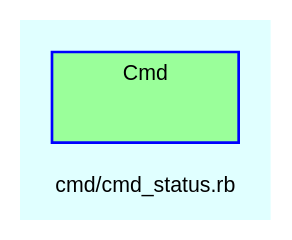
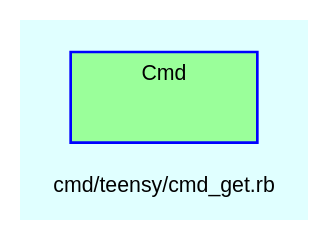
The diagram in doc/dot/f_56.dot (Tyche/teensymud), drawn with Graphviz before and after one commit. The commit also changed 297 other files, not shown here.

```diff
--- a/doc/dot/f_56.dot
+++ b/doc/dot/f_56.dot
@@ -1,29 +1,29 @@
 digraph TopLevel {
     compound = true
     bgcolor = lightcyan1
     fontname = Arial
     fontsize = 8
-    label = "cmd/cmd_status.rb"
+    label = "cmd/teensy/cmd_get.rb"
     node [
         fontname = Arial,
         fontsize = 8,
         color = black
     ]
 
     subgraph cluster_Cmd {
         fillcolor = palegreen1
         URL = "classes/Cmd.html"
         fontname = Arial
         color = blue
         label = "Cmd"
         style = filled
         Cmd [
             shape = plaintext,
             height = 0.01,
             width = 0.75,
             label = ""
         ]
 
     }
 
 }
```
